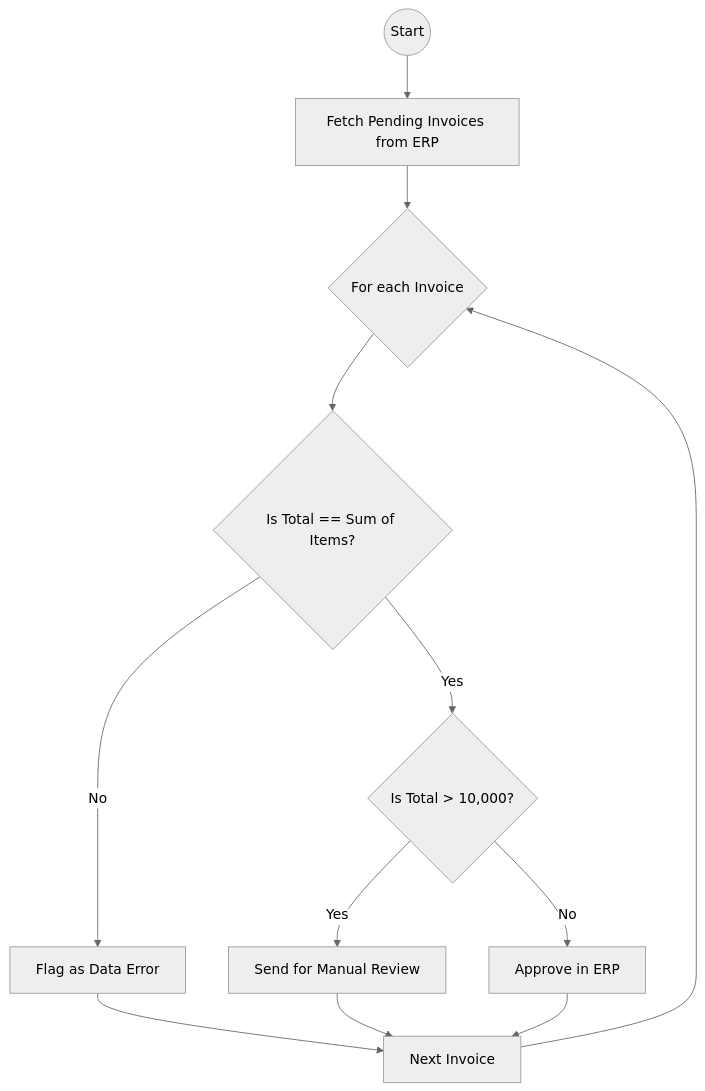
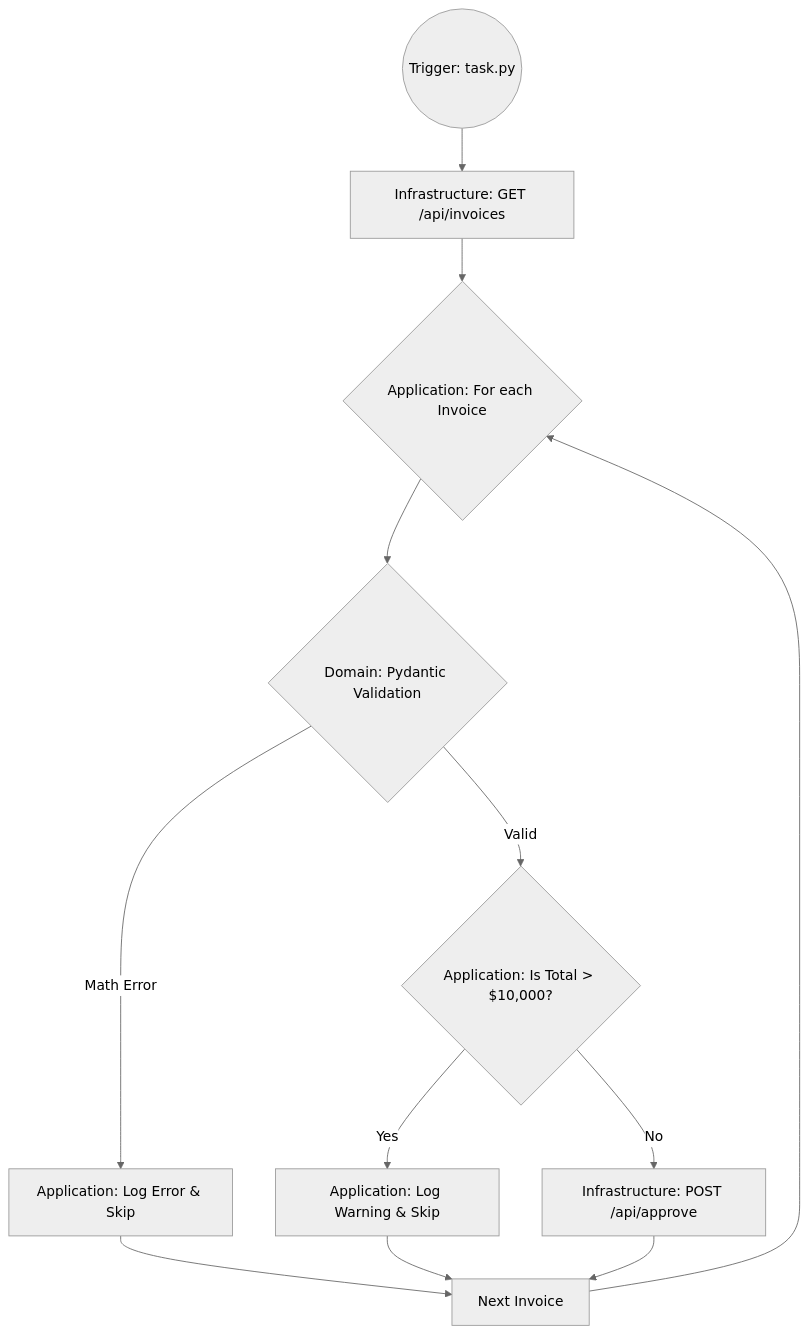
The diagram in README.md (21010/ae-workshop-invoice-processing), drawn with Mermaid (neutral theme) before and after one commit. The commit also changed other lines of this file, not shown here.

Commit message:
chore: auto-sync project sandbox from private main repo

````diff
--- a/README.md
+++ b/README.md
@@ -36,14 +92,14 @@
-```mermaid
-flowchart TD
-    Start((Start)) --> Fetch[Fetch Pending Invoices from ERP]
-    Fetch --> Loop{For each Invoice}
-    Loop --> Validate{Is Total == Sum of Items?}
-    Validate -- No --> Reject[Flag as Data Error]
-    Validate -- Yes --> CheckAmount{Is Total > 10,000?}
-    CheckAmount -- Yes --> Manual[Send for Manual Review]
-    CheckAmount -- No --> Approve[Approve in ERP]
-    Reject --> Next[Next Invoice]
-    Manual --> Next
-    Approve --> Next
-    Next --> Loop
-```
+   ```mermaid
+   flowchart TD
+       Start((Trigger: task.py)) --> Fetch[Infrastructure: GET /api/invoices]
+       Fetch --> Loop{Application: For each Invoice}
+       Loop --> Validate{Domain: Pydantic Validation}
+       Validate -- Math Error --> Reject[Application: Log Error & Skip]
+       Validate -- Valid --> CheckAmount{Application: Is Total > $10,000?}
+       CheckAmount -- Yes --> Manual[Application: Log Warning & Skip]
+       CheckAmount -- No --> Approve[Infrastructure: POST /api/approve]
+       Reject --> Next[Next Invoice]
+       Manual --> Next
+       Approve --> Next
+       Next --> Loop
+   ```
````
